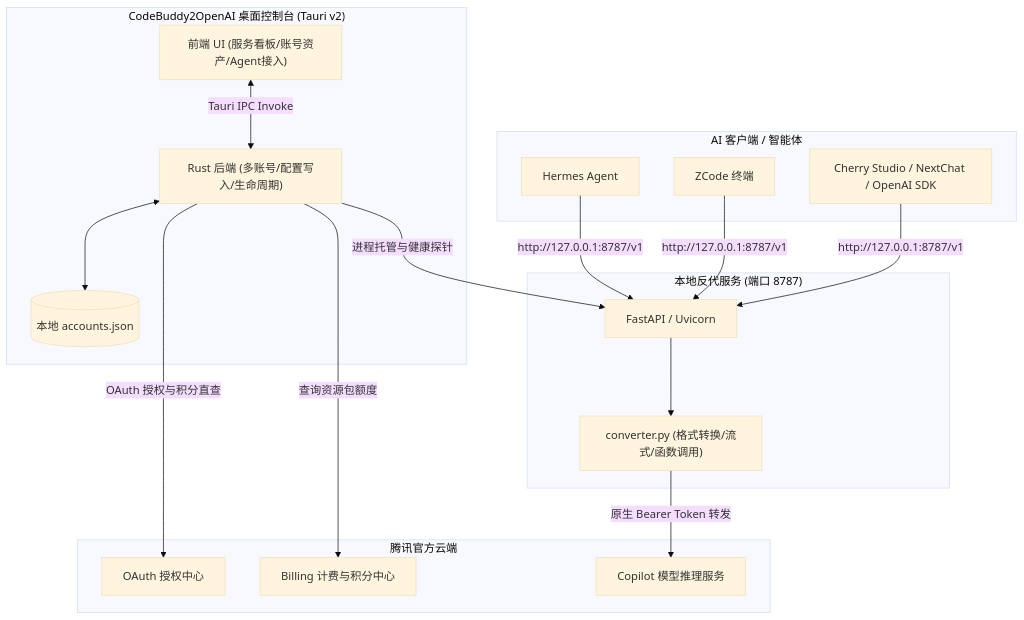
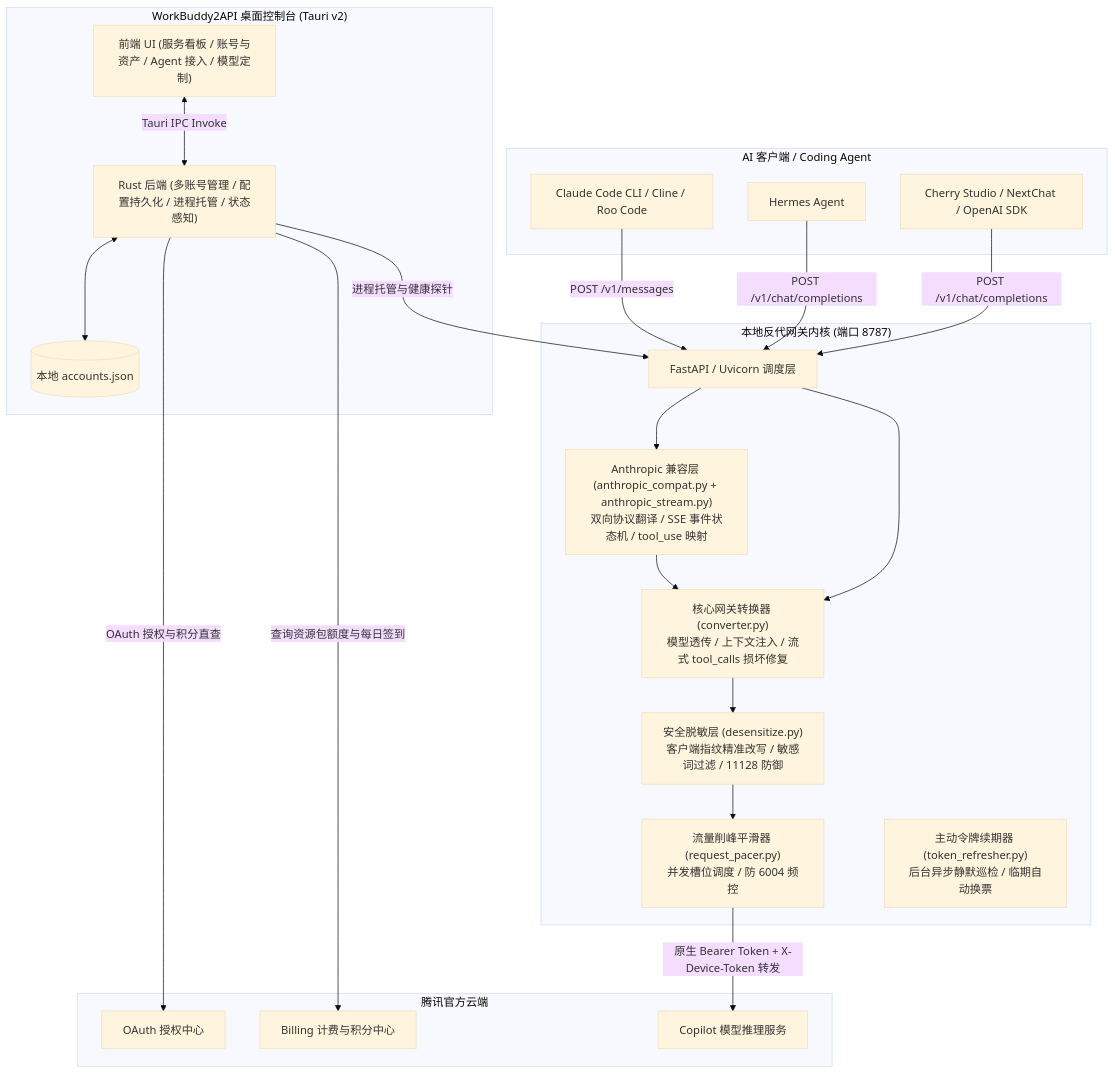
Before and after one commit to 3304711297/workbuddy2api: the diagram in README.md, drawn with Mermaid (base theme). The commit also changed other lines of this file and 1 other file, not shown here.

Commit message:
docs: 升级项目为 WorkBuddy2API 并完善 OpenAI 与 Anthropic 双协议自述文档

````diff
--- a/README.md
+++ b/README.md
@@ -42,38 +66,46 @@
 ```mermaid
 flowchart TD
-    subgraph Client [AI 客户端 / 智能体]
+    subgraph Client [AI 客户端 / Coding Agent]
+        Claude[Claude Code CLI / Cline / Roo Code]
         Hermes[Hermes Agent]
-        ZCode[ZCode 终端]
         Other[Cherry Studio / NextChat / OpenAI SDK]
     end
 
-    subgraph Console ["CodeBuddy2OpenAI 桌面控制台 (Tauri v2)"]
-        GUI["前端 UI (服务看板/账号资产/Agent接入)"]
-        Core["Rust 后端 (多账号/配置写入/生命周期)"]
+    subgraph Console ["WorkBuddy2API 桌面控制台 (Tauri v2)"]
+        GUI["前端 UI (服务看板 / 账号与资产 / Agent 接入 / 模型定制)"]
+        Core["Rust 后端 (多账号管理 / 配置持久化 / 进程托管 / 状态感知)"]
         DB[("本地 accounts.json")]
     end
 
-    subgraph Proxy ["本地反代服务 (端口 8787)"]
-        Server["FastAPI / Uvicorn"]
-        Converter["converter.py (格式转换/流式/函数调用)"]
+    subgraph Proxy ["本地反代网关内核 (端口 8787)"]
+        Server["FastAPI / Uvicorn 调度层"]
+        AnthropicLayer["Anthropic 兼容层 (anthropic_compat.py + anthropic_stream.py)<br/>双向协议翻译 / SSE 事件状态机 / tool_use 映射"]
+        Desensitize["安全脱敏层 (desensitize.py)<br/>客户端指纹精准改写 / 敏感词过滤 / 11128 防御"]
+        Pacer["流量削峰平滑器 (request_pacer.py)<br/>并发槽位调度 / 防 6004 频控"]
+        Refresher["主动令牌续期器 (token_refresher.py)<br/>后台异步静默巡检 / 临期自动换票"]
+        Converter["核心网关转换器 (converter.py)<br/>模型透传 / 上下文注入 / 流式 tool_calls 损坏修复"]
     end
 
     subgraph Remote [腾讯官方云端]
         Auth[OAuth 授权中心]
         Meter[Billing 计费与积分中心]
         Copilot[Copilot 模型推理服务]
     end
 
-    Hermes -->|http://127.0.0.1:8787/v1| Server
-    ZCode -->|http://127.0.0.1:8787/v1| Server
-    Other -->|http://127.0.0.1:8787/v1| Server
+    Claude -->|POST /v1/messages| Server
+    Hermes -->|POST /v1/chat/completions| Server
+    Other -->|POST /v1/chat/completions| Server
 
     GUI <-->|Tauri IPC Invoke| Core
     Core <--> DB
     Core -->|进程托管与健康探针| Server
     Core -->|OAuth 授权与积分直查| Auth
-    Core -->|查询资源包额度| Meter
+    Core -->|查询资源包额度与每日签到| Meter
 
+    Server --> AnthropicLayer
+    AnthropicLayer --> Converter
     Server --> Converter
-    Converter -->|原生 Bearer Token 转发| Copilot
+    Converter --> Desensitize
+    Desensitize --> Pacer
+    Pacer -->|原生 Bearer Token + X-Device-Token 转发| Copilot
 ```
````
